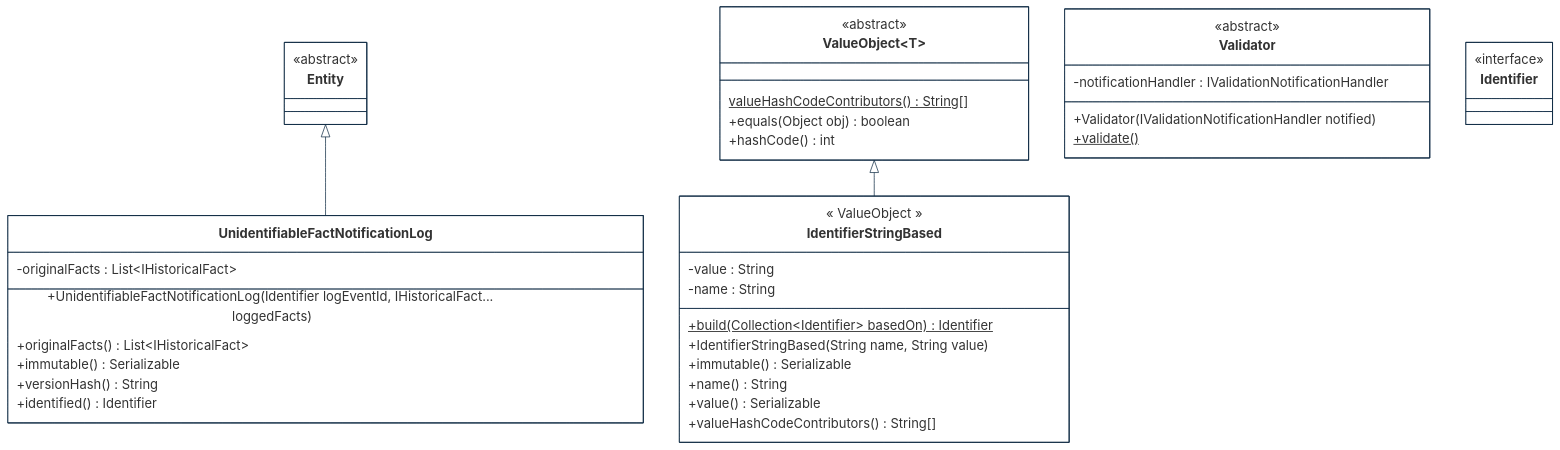
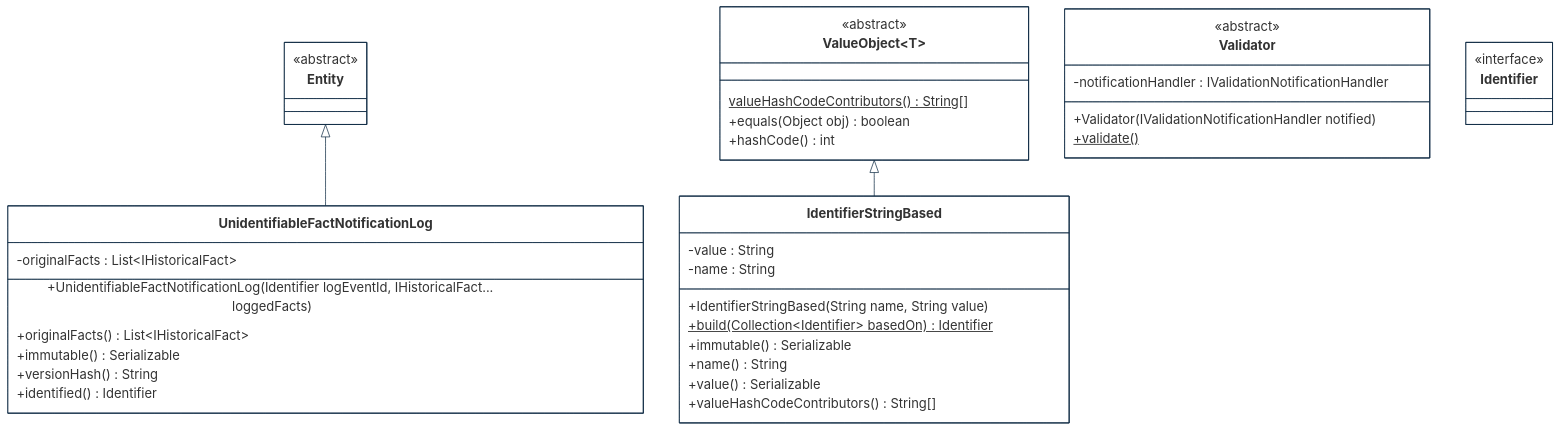
The third of 8 diagrams in implementations-line/framework/domain/designview-packages.md (cybnity/foundation), drawn with Mermaid before and after one commit.

````diff
--- a/implementations-line/framework/domain/designview-packages.md
+++ b/implementations-line/framework/domain/designview-packages.md
@@ -157,61 +157,60 @@
 ```mermaid
 %%{
   init: {
     'theme': 'base',
     'themeVariables': {
         'background': '#ffffff',
         'fontFamily': 'arial',
         'fontSize': '18px',
         'primaryColor': '#fff',
         'primaryBorderColor': '#0e2a43',
         'secondaryBorderColor': '#0e2a43',
         'tertiaryBorderColor': '#0e2a43',
         'edgeLabelBackground':'#0e2a43',
         'lineColor': '#0e2a43',
         'tertiaryColor': '#fff'
     }
   }
 }%%
 classDiagram
     Entity <|-- UnidentifiableFactNotificationLog
     ValueObject~T~ <|-- IdentifierStringBased
 
     class UnidentifiableFactNotificationLog {
         -originalFacts : List~IHistoricalFact~
         +UnidentifiableFactNotificationLog(Identifier logEventId, IHistoricalFact... loggedFacts)
         +originalFacts() List~IHistoricalFact~
         +immutable() Serializable
         +versionHash() String
         +identified() Identifier
     }
     class Entity {
         <<abstract>>
     }
     class Validator {
         <<abstract>>
         -notificationHandler : IValidationNotificationHandler
         +Validator(IValidationNotificationHandler notified)
         +validate()$
     }
     class Identifier {
         <<interface>>
     }
     class IdentifierStringBased {
-        << ValueObject<String> >>
         -value : String
         -name : String
+        +IdentifierStringBased(String name, String value)
         +build(Collection~Identifier~ basedOn)$ Identifier
-        +IdentifierStringBased(String name, String value)
         +immutable() Serializable
         +name() String
         +value() Serializable
         +valueHashCodeContributors() String[]
     }
     class ValueObject~T~ {
         <<abstract>>
         valueHashCodeContributors()$ String[]
         +equals(Object obj) boolean
         +hashCode() int
     }
 
 ```
````
